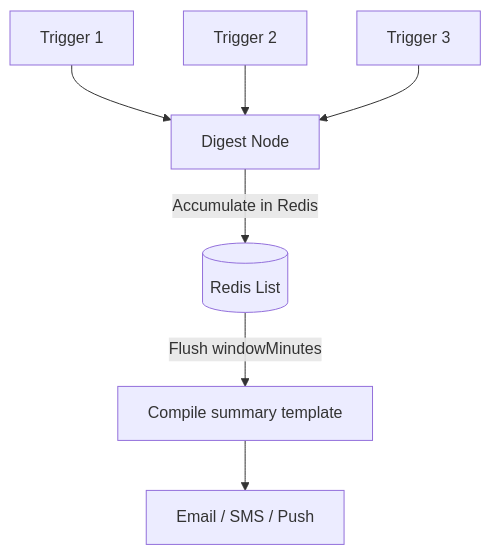
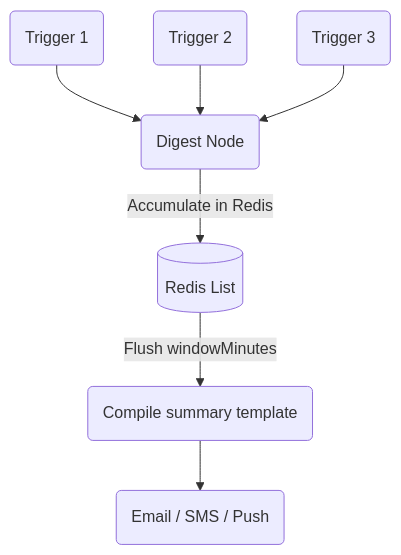
One commit to KriyanshKhunt/nexus_docs changed the first of 2 diagrams in content/docs/en/platform/features/digest-throttle.mdx. Above: the diagram before and after it, drawn with Mermaid. The commit also changed other lines of this file and 25 other files, not shown here.

Commit message:
Handle en Mermaid charts

````diff
--- a/content/docs/en/platform/features/digest-throttle.mdx
+++ b/content/docs/en/platform/features/digest-throttle.mdx
@@ -14,9 +14,9 @@
 ```mermaid
 flowchart TD
-  T1[Trigger 1] --> D[Digest Node]
-  T2[Trigger 2] --> D
-  T3[Trigger 3] --> D
+  T1(Trigger 1) --> D(Digest Node)
+  T2(Trigger 2) --> D
+  T3(Trigger 3) --> D
   D -->|Accumulate in Redis| Redis[(Redis List)]
-  Redis -->|Flush windowMinutes| Compile[Compile summary template]
-  Compile --> Channel[Email / SMS / Push]
+  Redis -->|Flush windowMinutes| Compile(Compile summary template)
+  Compile --> Channel(Email / SMS / Push)
 ```
````
